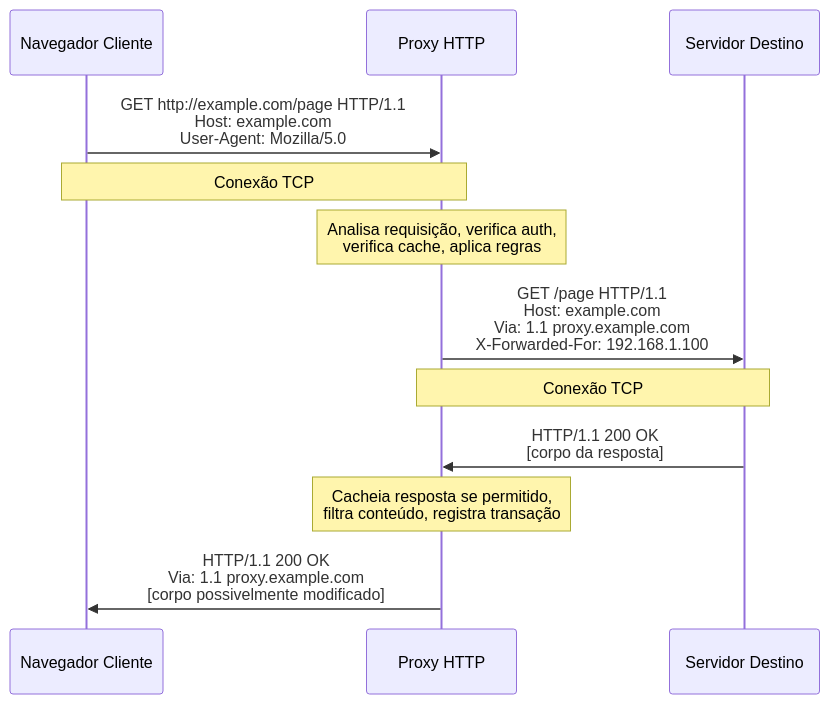
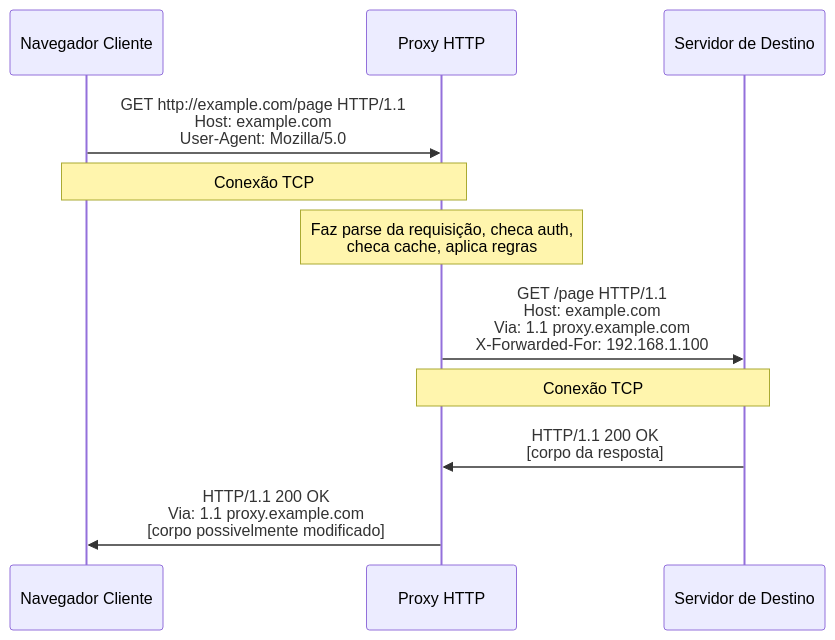
One commit to autoscrape-labs/pydoll changed the first of 2 diagrams in docs/pt/deep-dive/network/http-proxies.md. Above: the diagram before and after it, drawn with Mermaid. The commit also changed other lines of this file and 241 other files, not shown here.

````diff
--- a/docs/pt/deep-dive/network/http-proxies.md
+++ b/docs/pt/deep-dive/network/http-proxies.md
@@ -22,20 +13,18 @@
 ```mermaid
 sequenceDiagram
     participant Client as Navegador Cliente
     participant Proxy as Proxy HTTP
-    participant Server as Servidor Destino
+    participant Server as Servidor de Destino
 
     Client->>Proxy: GET http://example.com/page HTTP/1.1<br/>Host: example.com<br/>User-Agent: Mozilla/5.0
     Note over Client,Proxy: Conexão TCP #1
 
-    Note over Proxy: Analisa requisição, verifica auth,<br/>verifica cache, aplica regras
+    Note over Proxy: Faz parse da requisição, checa auth,<br/>checa cache, aplica regras
 
     Proxy->>Server: GET /page HTTP/1.1<br/>Host: example.com<br/>Via: 1.1 proxy.example.com<br/>X-Forwarded-For: 192.168.1.100
     Note over Proxy,Server: Conexão TCP #2
 
     Server->>Proxy: HTTP/1.1 200 OK<br/>[corpo da resposta]
 
-    Note over Proxy: Cacheia resposta se permitido,<br/>filtra conteúdo, registra transação
-
     Proxy->>Client: HTTP/1.1 200 OK<br/>Via: 1.1 proxy.example.com<br/>[corpo possivelmente modificado]
 ```
````
